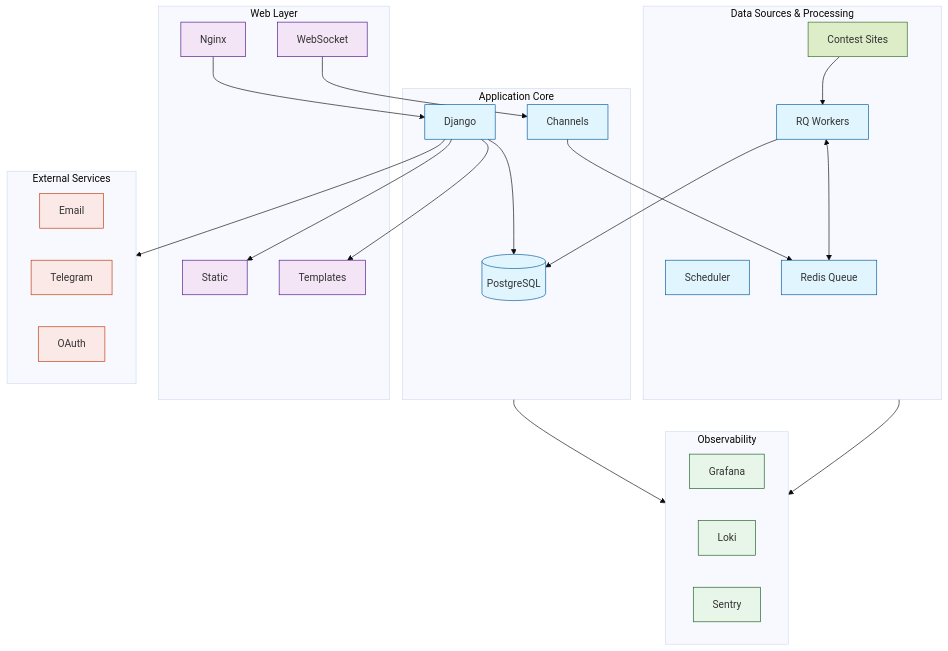
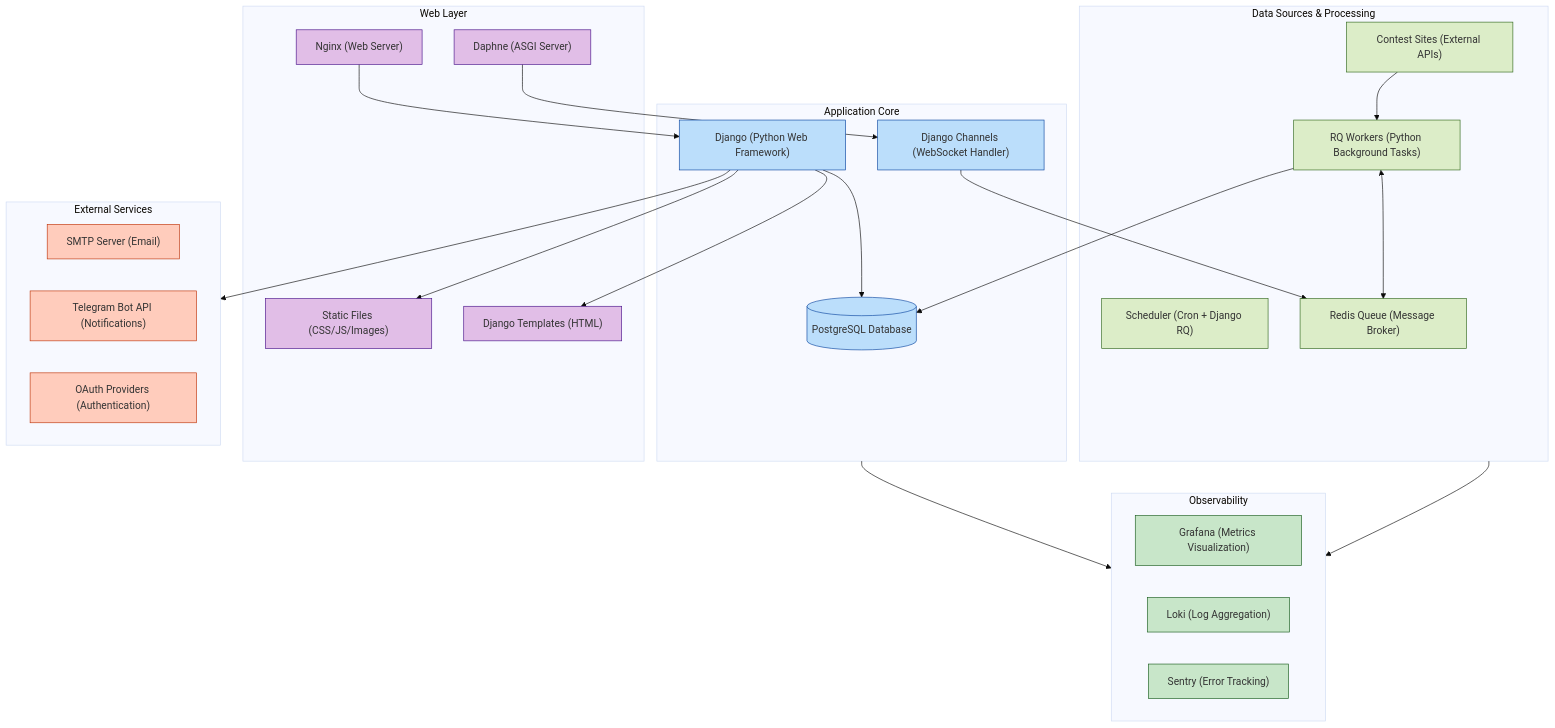
The diagram in docs/architecture.md (haripammi/clist), drawn with Mermaid (base theme) before and after one commit. The commit also changed other lines of this file, not shown here.

````diff
--- a/docs/architecture.md
+++ b/docs/architecture.md
@@ -1,76 +5,66 @@
 ```mermaid
 flowchart TB
     subgraph Data["Data Sources & Processing"]
-        ContestSites["Contest Sites"]
-        Scheduler["Scheduler"]
-        Workers["RQ Workers"]
-        Queue["Redis Queue"]
+        ContestSites["Contest Sites (External APIs)"]
+        Scheduler["Scheduler (Cron + Django RQ)"]
+        Workers["RQ Workers (Python Background Tasks)"]
+        Queue["Redis Queue (Message Broker)"]
     end
 
     subgraph Core["Application Core"]
-        DB[(PostgreSQL)]
-        Django["Django"]
-        Channels["Channels"]
+        DB[(PostgreSQL Database)]
+        Django["Django (Python Web Framework)"]
+        Channels["Django Channels (WebSocket Handler)"]
     end
 
     subgraph Web["Web Layer"]
-        Nginx["Nginx"]
-        Static["Static"]
-        Templates["Templates"]
-        WebSocket["WebSocket"]
+        Nginx["Nginx (Web Server)"]
+        Static["Static Files (CSS/JS/Images)"]
+        Templates["Django Templates (HTML)"]
+        WebSocket["Daphne (ASGI Server)"]
     end
 
     subgraph Ext["External Services"]
-        Email["Email"]
-        Telegram["Telegram"]
-        OAuth["OAuth"]
+        Email["SMTP Server (Email)"]
+        Telegram["Telegram Bot API (Notifications)"]
+        OAuth["OAuth Providers (Authentication)"]
     end
 
     subgraph Obs["Observability"]
-        Metrics["Grafana"]
-        Logs["Loki"]
-        Errors["Sentry"]
+        Metrics["Grafana (Metrics Visualization)"]
+        Logs["Loki (Log Aggregation)"]
+        Errors["Sentry (Error Tracking)"]
     end
 
     %% Main Data Flow
     ContestSites --> Workers
     Workers <--> Queue
     Workers --> DB
     
     %% Web Flow
     Nginx --> Django
     Django --> DB
     Django --> Static
     Django --> Templates
     
     %% Integration Flow
     Django --> Ext
     WebSocket --> Channels
     Channels --> Queue
 
     %% Simple Monitoring
     Core --> Obs
     Data --> Obs
 
     classDef source fill:#dcedc8,stroke:#33691e
     classDef core fill:#bbdefb,stroke:#0d47a1
     classDef web fill:#e1bee7,stroke:#4a148c
     classDef external fill:#ffccbc,stroke:#bf360c
     classDef monitoring fill:#c8e6c9,stroke:#1b5e20
 
     class ContestSites,Scheduler,Workers,Queue source
     class DB,Django,Channels core
     class Nginx,Static,Templates,WebSocket web
     class Email,Telegram,OAuth external
     class Metrics,Logs,Errors monitoring
-
-    classDef core fill:#e1f5fe,stroke:#01579b
-    classDef web fill:#f3e5f5,stroke:#4a148c
-    classDef external fill:#fbe9e7,stroke:#bf360c
-    classDef monitoring fill:#e8f5e9,stroke:#1b5e20
-    
-    class Scheduler,Queue,Workers,DB,Django,Channels core
-    class WebSocket,Nginx,Static,Templates web
-    class Email,Telegram,OAuth external
-    class Loki,Sentry,Grafana monitoring
 ```
````
